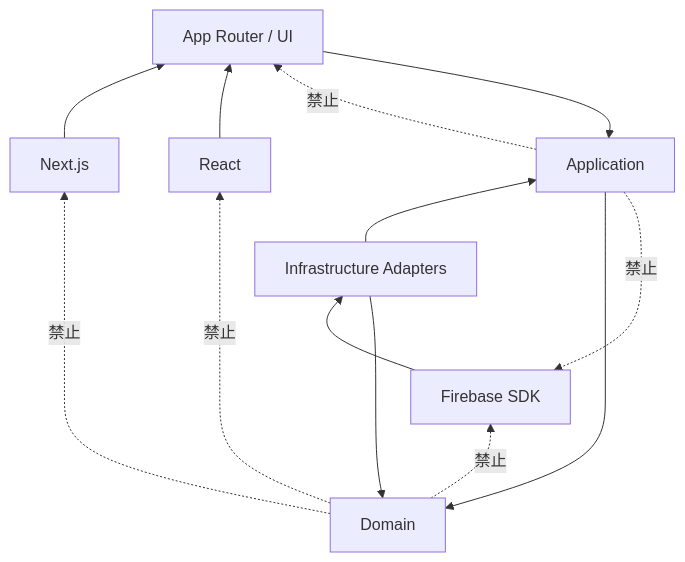
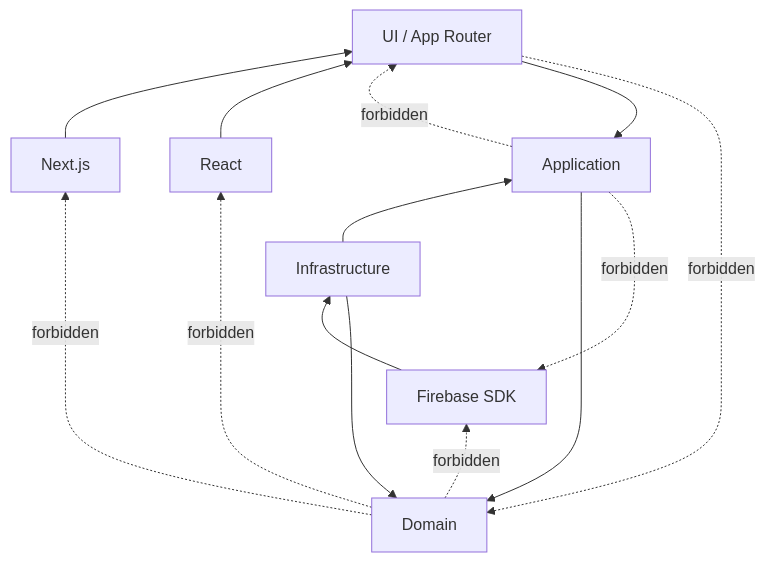
The diagram in docs/01-architecture/dependency-rule.md (369sup/worksync-hr), drawn with Mermaid before and after one commit. The commit also changed other lines of this file and 39 other files, not shown here.

Commit message:
docs: strengthen architecture and process docs

````diff
--- a/docs/01-architecture/dependency-rule.md
+++ b/docs/01-architecture/dependency-rule.md
@@ -7,24 +7,25 @@
 ```mermaid
 flowchart BT
   DOM[Domain]
   APP[Application]
-  UI[App Router / UI]
-  INF[Infrastructure Adapters]
+  UI[UI / App Router]
+  INF[Infrastructure]
   FB[Firebase SDK]
   NX[Next.js]
   RC[React]
 
+  APP --> DOM
   UI --> APP
   INF --> APP
   INF --> DOM
-  APP --> DOM
   FB --> INF
   NX --> UI
   RC --> UI
 
-  DOM -. 禁止 .-> FB
-  DOM -. 禁止 .-> NX
-  DOM -. 禁止 .-> RC
-  APP -. 禁止 .-> FB
-  APP -. 禁止 .-> UI
+  DOM -. forbidden .-> FB
+  DOM -. forbidden .-> NX
+  DOM -. forbidden .-> RC
+  APP -. forbidden .-> FB
+  APP -. forbidden .-> UI
+  UI -. forbidden .-> DOM
 ```
````
